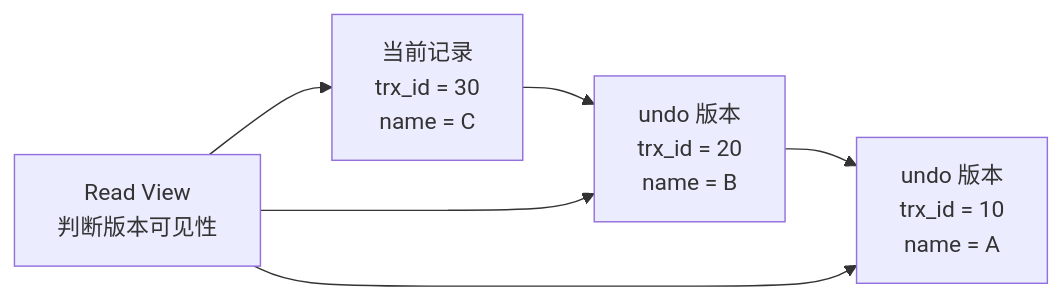
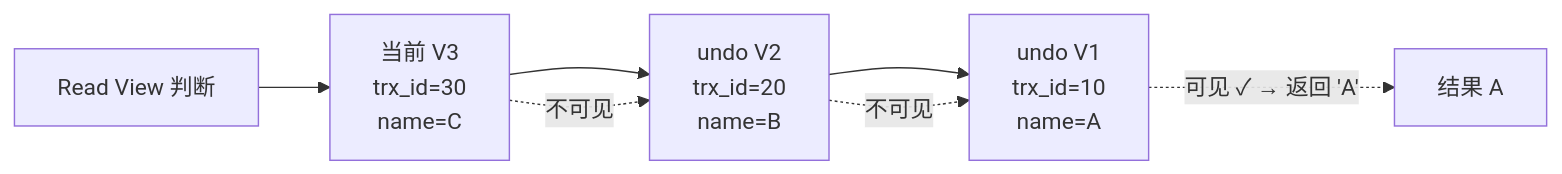
One commit to vaynedu/interview_note changed the first of 2 diagrams in 03-mysql/03-transaction-lock-mvcc.md. Above: the diagram before and after it, drawn with Mermaid. The commit also changed other lines of this file, not shown here.

Commit message:
mysql: 03-transaction-lock-mvcc 补 MVCC 5 段式核心提炼（隐藏字段 + undo 链 + ReadView + 5 条可见性规则）

````diff
--- a/03-mysql/03-transaction-lock-mvcc.md
+++ b/03-mysql/03-transaction-lock-mvcc.md
@@ -45,8 +83,9 @@
 ```mermaid
 flowchart LR
-    R1["当前记录<br/>trx_id = 30<br/>name = C"] --> U1["undo 版本<br/>trx_id = 20<br/>name = B"]
-    U1 --> U2["undo 版本<br/>trx_id = 10<br/>name = A"]
-    RV["Read View<br/>判断版本可见性"] --> R1
-    RV --> U1
-    RV --> U2
+    R1["当前 V3<br/>trx_id=30<br/>name=C"] --> U1["undo V2<br/>trx_id=20<br/>name=B"]
+    U1 --> U2["undo V1<br/>trx_id=10<br/>name=A"]
+    RV["Read View 判断"] --> R1
+    R1 -.不可见.-> U1
+    U1 -.不可见.-> U2
+    U2 -.可见 ✓ → 返回 'A'.-> Result[结果 A]
 ```
````
